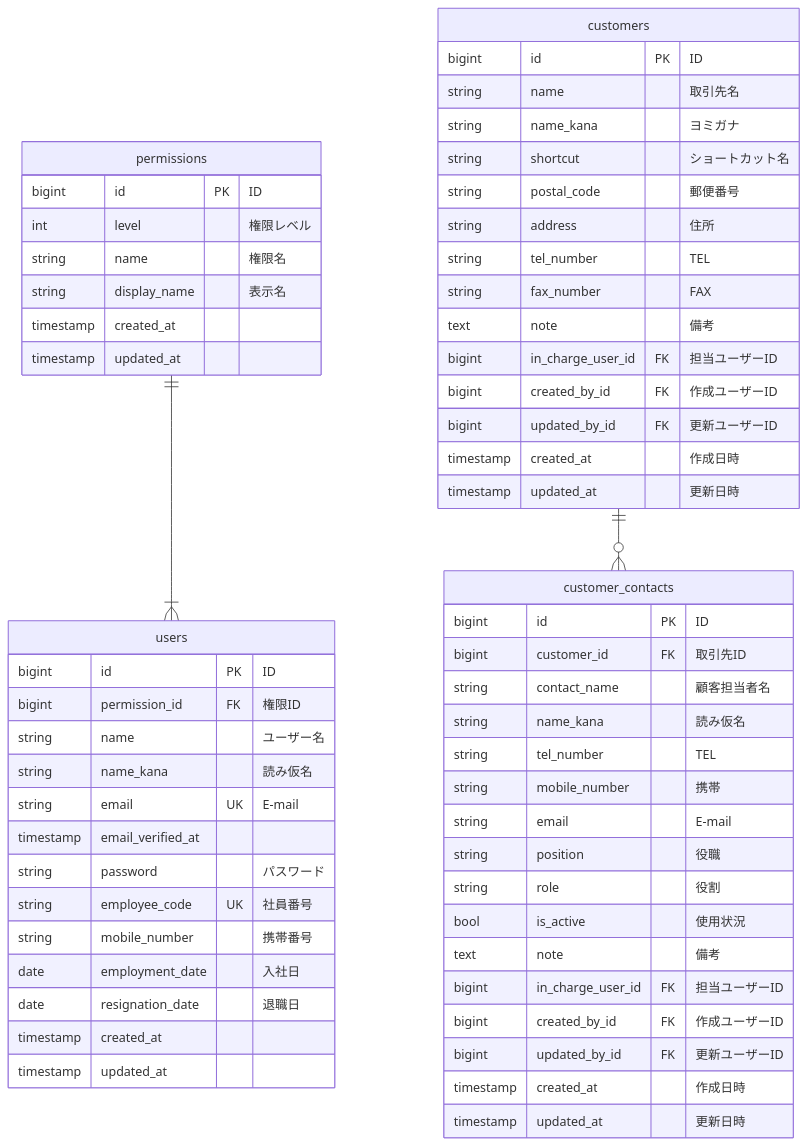
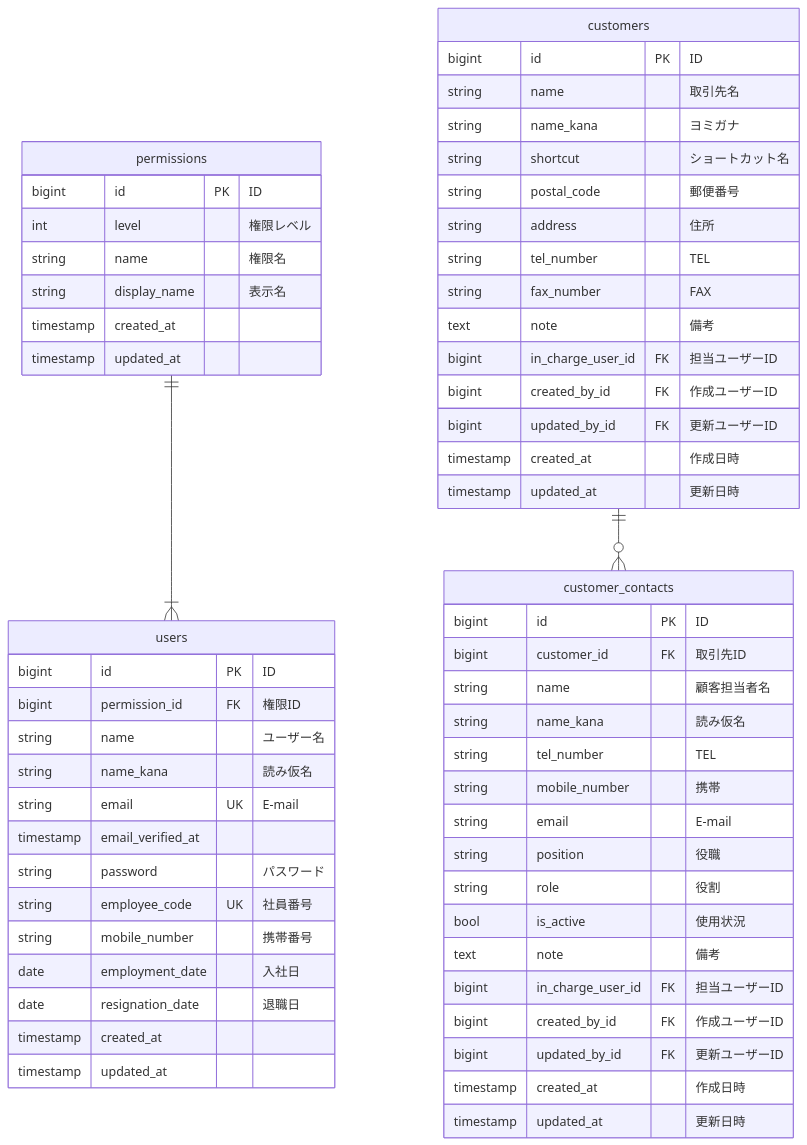
Before and after one commit to ryo-tom/flagship: the diagram in src/ER.mmd, drawn with Mermaid. The commit also changed 8 other files, not shown here.

Commit message:
refactor: rename contact_name to name of customer_contacts

```diff
--- a/src/ER.mmd
+++ b/src/ER.mmd
@@ -1,73 +1,73 @@
 erDiagram
 
   %% Table relationships
   permissions ||--|{ users : ""
   customers ||--o{ customer_contacts : ""
 
   %% Table definitions
 
   %% 権限
   permissions {
     bigint id PK "ID"
     int level "権限レベル"
     string name "権限名"
     string display_name "表示名"
     timestamp created_at
     timestamp updated_at
   }
 
   %% ユーザー
   users {
     bigint id PK "ID"
     bigint permission_id FK "権限ID"
     string name "ユーザー名"
     string name_kana "読み仮名"
     string email UK "E-mail"
     timestamp email_verified_at
     string password "パスワード"
     string employee_code UK "社員番号"
     string mobile_number "携帯番号"
     date employment_date "入社日"
     date resignation_date "退職日"
     timestamp created_at
     timestamp updated_at
   }
 
 
   %% 取引先
   customers {
     bigint id PK "ID"
     string name "取引先名"
     string name_kana "ヨミガナ"
     string shortcut "ショートカット名"
     string postal_code "郵便番号"
     string address "住所"
     string tel_number "TEL"
     string fax_number "FAX"
     text note "備考"
     bigint in_charge_user_id FK "担当ユーザーID"
     bigint created_by_id FK "作成ユーザーID"
     bigint updated_by_id FK "更新ユーザーID"
     timestamp created_at "作成日時"
     timestamp updated_at "更新日時"
   }
 
   %% 取引先担当者
   customer_contacts {
     bigint id PK "ID"
     bigint customer_id FK "取引先ID"
-    string contact_name "顧客担当者名"
+    string name "顧客担当者名"
     string name_kana "読み仮名"
     string tel_number "TEL"
     string mobile_number "携帯"
     string email "E-mail"
     string position "役職"
     string role "役割"
     bool is_active "使用状況"
     text note "備考"
     bigint in_charge_user_id FK "担当ユーザーID"
     bigint created_by_id FK "作成ユーザーID"
     bigint updated_by_id FK "更新ユーザーID"
     timestamp created_at "作成日時"
     timestamp updated_at "更新日時"
   }
```
